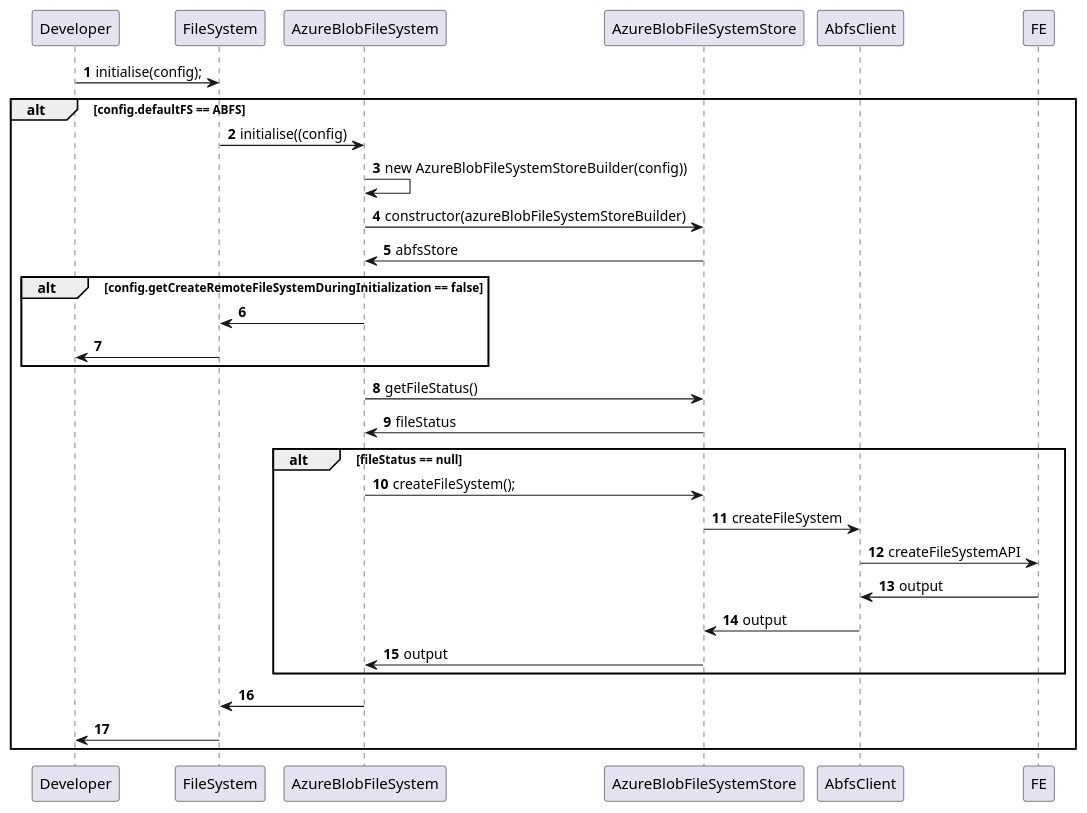
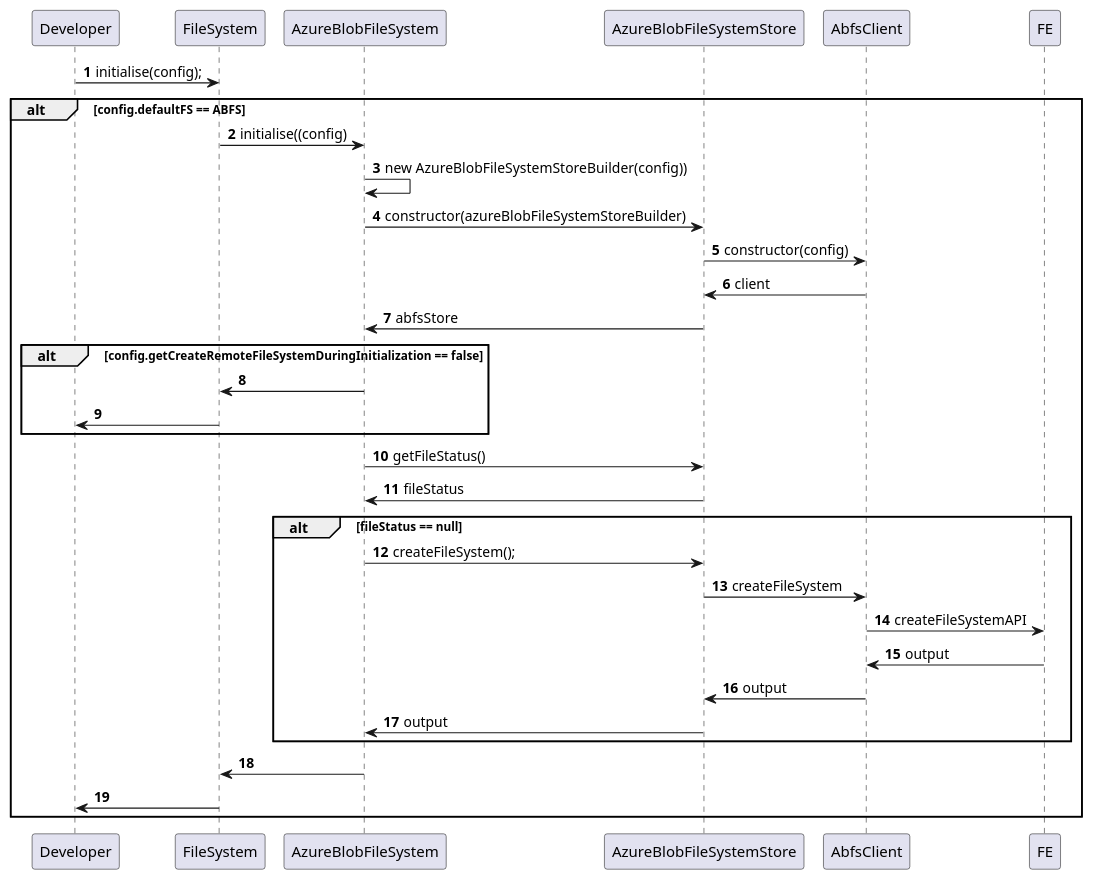
Before and after one commit to pranavsaxena-microsoft/hadoop: the diagram in hadoop-tools/hadoop-azure/src/main/resources/diagramsForKT/FSConstructor.puml, drawn with PlantUML.

Commit message:
abfsclient in fs.init()

```diff
--- a/hadoop-tools/hadoop-azure/src/main/resources/diagramsForKT/FSConstructor.puml
+++ b/hadoop-tools/hadoop-azure/src/main/resources/diagramsForKT/FSConstructor.puml
@@ -1,30 +1,32 @@
 @startuml
 'https://plantuml.com/sequence-diagram
 
 autonumber
 
 Developer -> FileSystem: initialise(config);
 alt config.defaultFS == ABFS
   FileSystem -> AzureBlobFileSystem: initialise((config)
   AzureBlobFileSystem -> AzureBlobFileSystem: new AzureBlobFileSystemStoreBuilder(config))
   AzureBlobFileSystem -> AzureBlobFileSystemStore: constructor(azureBlobFileSystemStoreBuilder)
+  AzureBlobFileSystemStore -> AbfsClient: constructor(config)
+  AbfsClient -> AzureBlobFileSystemStore: client
   AzureBlobFileSystemStore -> AzureBlobFileSystem: abfsStore
   alt config.getCreateRemoteFileSystemDuringInitialization == false
     AzureBlobFileSystem -> FileSystem
     FileSystem -> Developer
   end
   AzureBlobFileSystem -> AzureBlobFileSystemStore: getFileStatus()
 '  need to give impl
   AzureBlobFileSystemStore -> AzureBlobFileSystem: fileStatus
   alt fileStatus == null
     AzureBlobFileSystem -> AzureBlobFileSystemStore: createFileSystem();
     AzureBlobFileSystemStore -> AbfsClient: createFileSystem
     AbfsClient -> FE: createFileSystemAPI
     FE -> AbfsClient: output
     AbfsClient -> AzureBlobFileSystemStore: output
     AzureBlobFileSystemStore -> AzureBlobFileSystem: output
   end
   AzureBlobFileSystem -> FileSystem
   FileSystem -> Developer
 end
 @enduml
```
